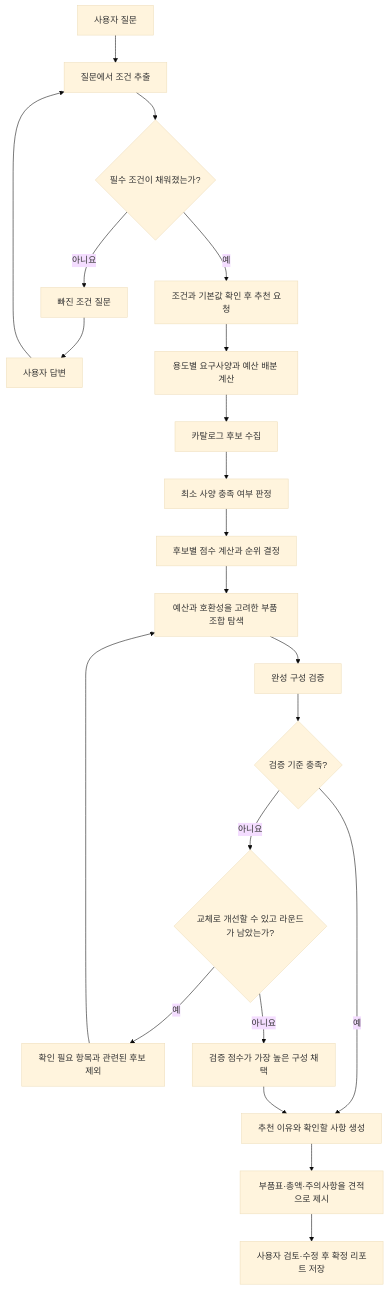
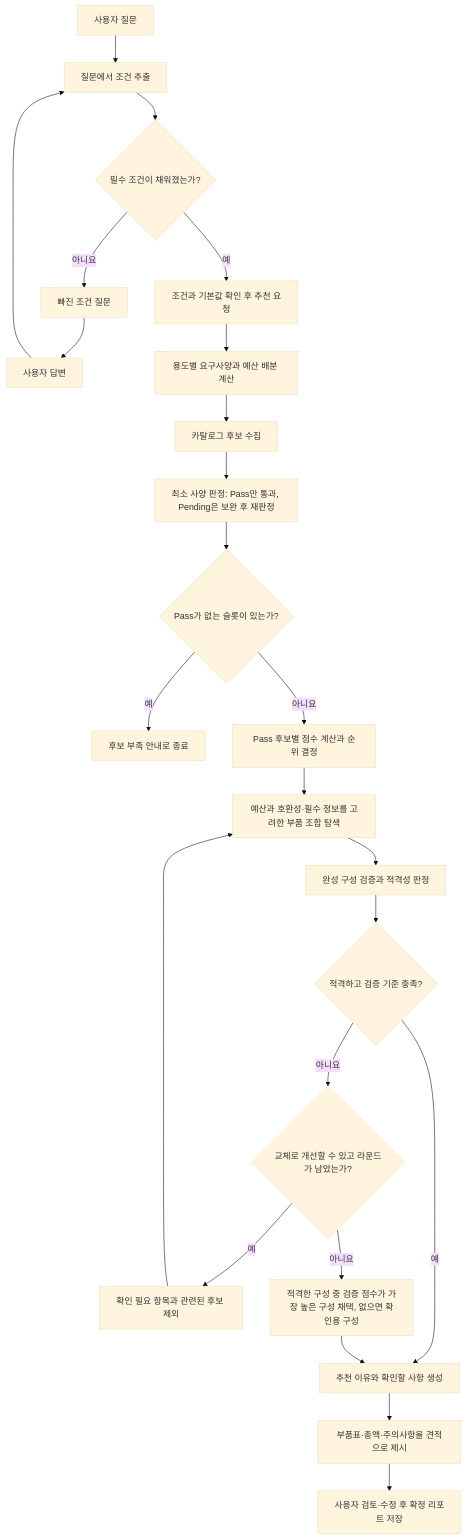
One commit to greenmdw/skn_final changed the diagram in docs/추천엔진_알고리즘_설명.md. Above: the diagram before and after it, drawn with Mermaid (base theme). The commit also changed other lines of this file and 9 other files, not shown here.

````diff
--- a/docs/추천엔진_알고리즘_설명.md
+++ b/docs/추천엔진_알고리즘_설명.md
@@ -17,24 +19,26 @@
 ```mermaid
 flowchart TD
     Q[사용자 질문] --> P[질문에서 조건 추출]
     P --> R{필수 조건이 채워졌는가?}
     R -->|아니요| S[빠진 조건 질문]
     S --> T[사용자 답변]
     T --> P
     R -->|예| A[조건과 기본값 확인 후 추천 요청]
     A --> B[용도별 요구사양과 예산 배분 계산]
     B --> C[카탈로그 후보 수집]
-    C --> D[최소 사양 충족 여부 판정]
-    D --> E[후보별 점수 계산과 순위 결정]
-    E --> F[예산과 호환성을 고려한 부품 조합 탐색]
-    F --> G[완성 구성 검증]
-    G --> H{검증 기준 충족?}
+    C --> D[최소 사양 판정: Pass만 통과, Pending은 보완 후 재판정]
+    D --> D2{Pass가 없는 슬롯이 있는가?}
+    D2 -->|예| D3[후보 부족 안내로 종료]
+    D2 -->|아니요| E[Pass 후보별 점수 계산과 순위 결정]
+    E --> F[예산과 호환성·필수 정보를 고려한 부품 조합 탐색]
+    F --> G[완성 구성 검증과 적격성 판정]
+    G --> H{적격하고 검증 기준 충족?}
     H -->|예| I[추천 이유와 확인할 사항 생성]
     H -->|아니요| J{교체로 개선할 수 있고 라운드가 남았는가?}
     J -->|예| K[확인 필요 항목과 관련된 후보 제외]
     K --> F
-    J -->|아니요| L[검증 점수가 가장 높은 구성 채택]
+    J -->|아니요| L[적격한 구성 중 검증 점수가 가장 높은 구성 채택, 없으면 확인용 구성]
     L --> I
     I --> M[부품표·총액·주의사항을 견적으로 제시]
     M --> N[사용자 검토·수정 후 확정 리포트 저장]
 ```
````
